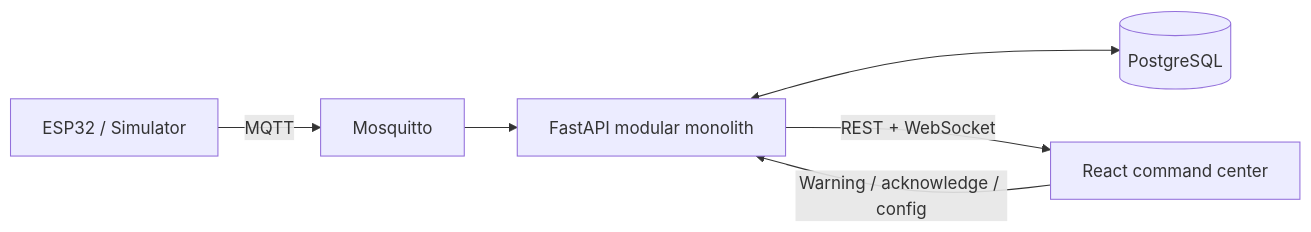
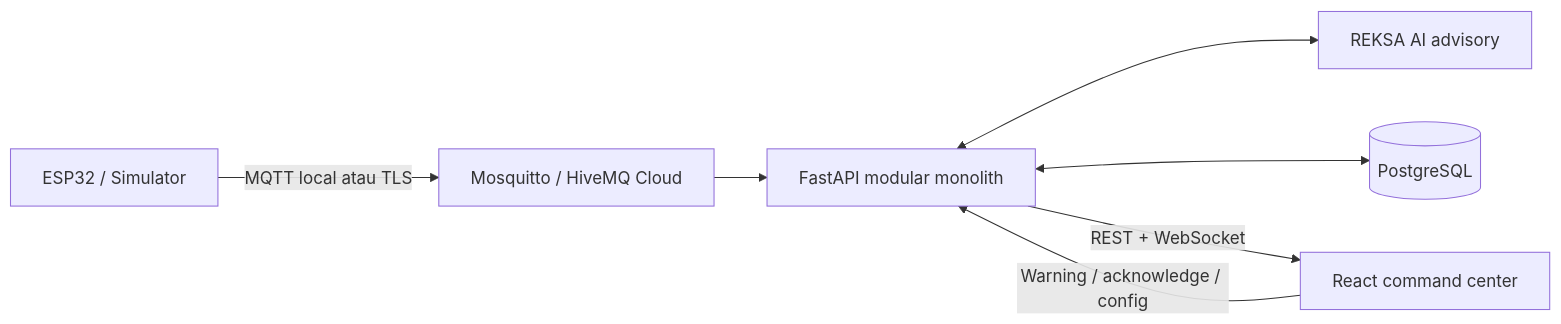
One commit to FR21/REKSA changed the diagram in README.md. Above: the diagram before and after it, drawn with Mermaid. The commit also changed other lines of this file and 385 other files, not shown here.

````diff
--- a/README.md
+++ b/README.md
@@ -12,8 +17,9 @@
 ```mermaid
 flowchart LR
-  I[ESP32 / Simulator] -->|MQTT| M[Mosquitto]
+  I[ESP32 / Simulator] -->|MQTT local atau TLS| M[Mosquitto / HiveMQ Cloud]
   M --> B[FastAPI modular monolith]
+  B <--> A[REKSA AI advisory]
   B <--> D[(PostgreSQL)]
   B -->|REST + WebSocket| R[React command center]
   R -->|Warning / acknowledge / config| B
 ```
````
